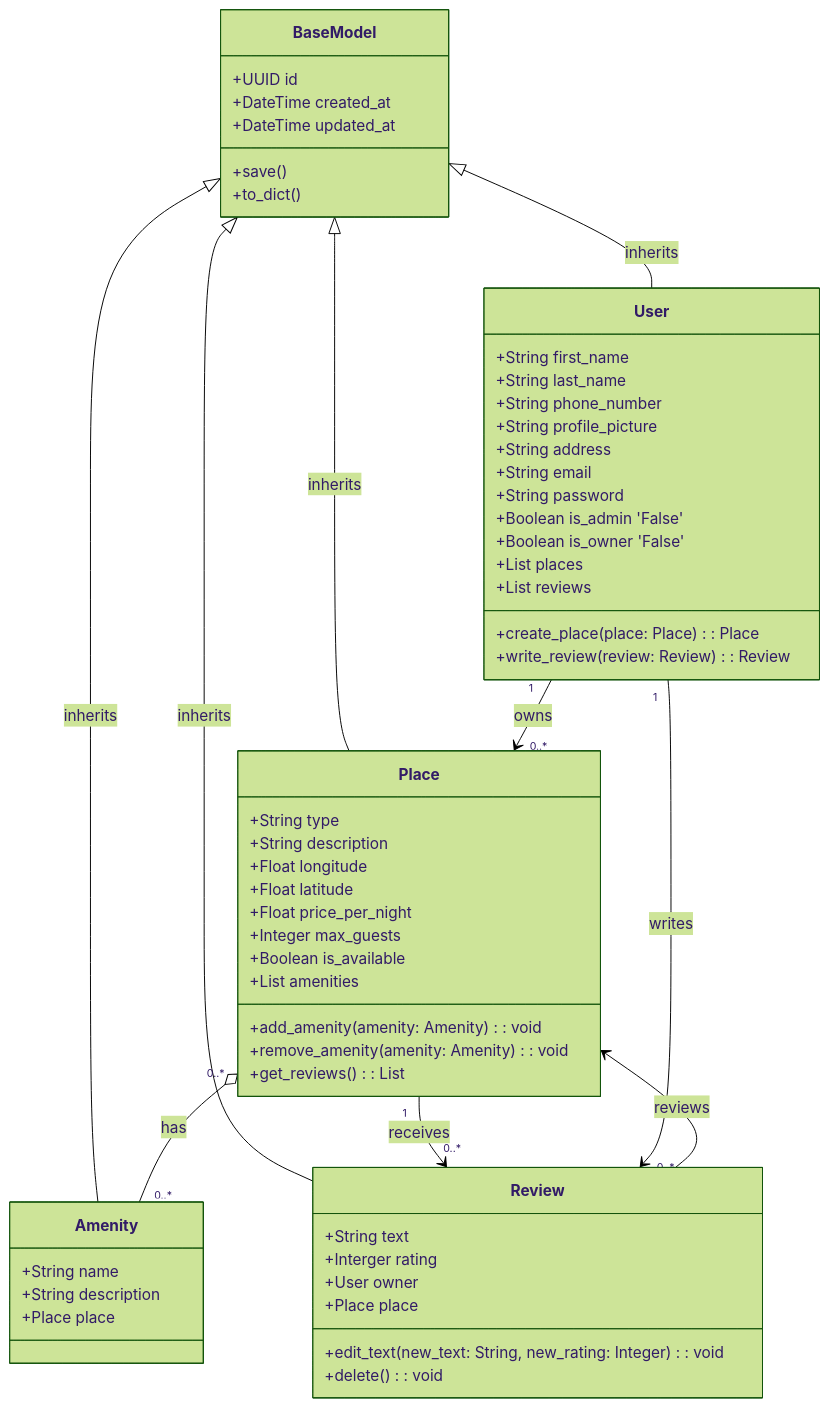
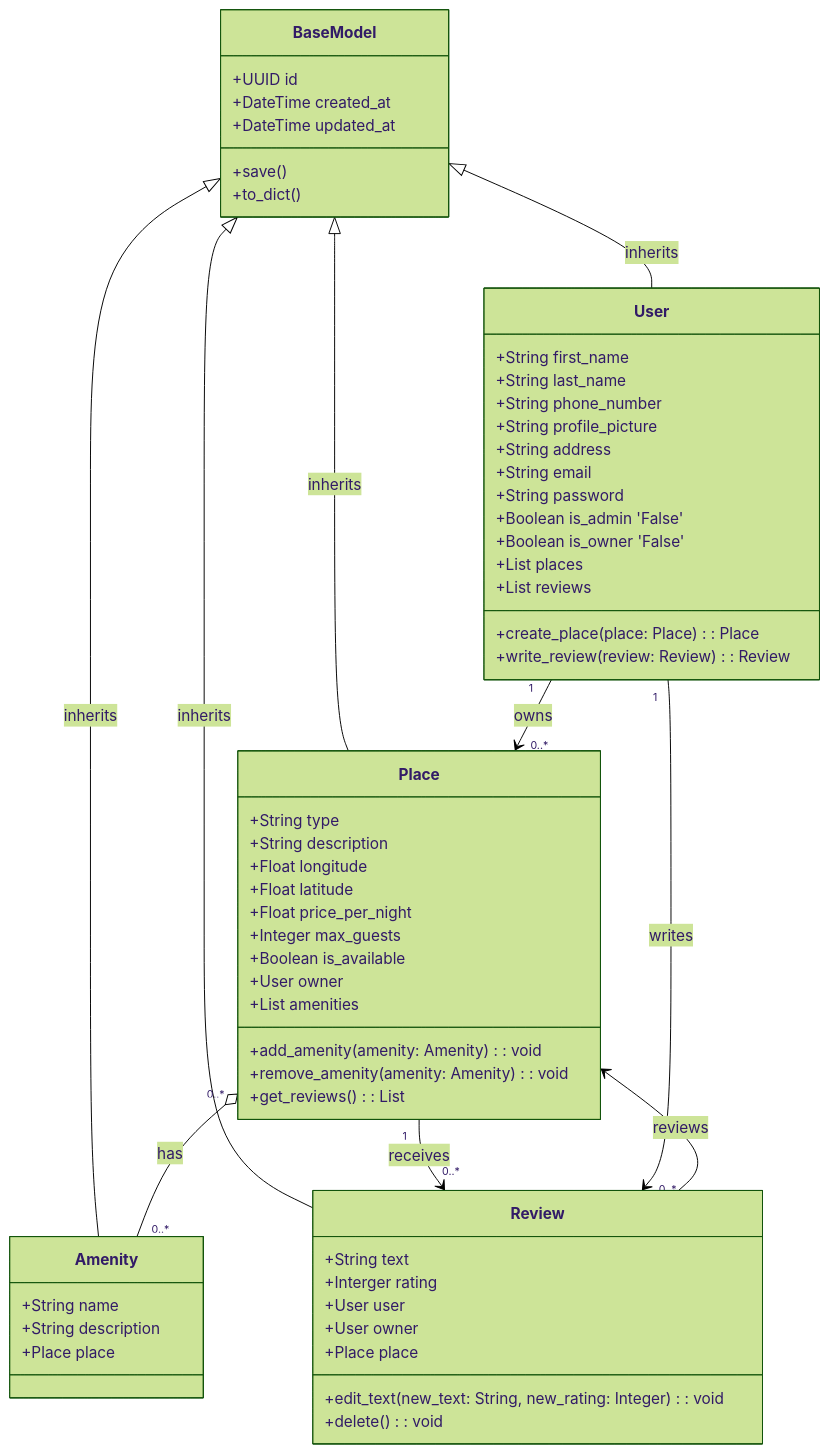
The diagram in part1/Detailed Class Diagram for Business Logic Layer.mmd (ItsZmainDev/holbertonschool-hbnb), drawn with Mermaid (forest theme) before and after one commit.

Commit message:
Add user model owner on place model

```diff
--- a/part1/Detailed Class Diagram for Business Logic Layer.mmd
+++ b/part1/Detailed Class Diagram for Business Logic Layer.mmd
@@ -1,66 +1,68 @@
 classDiagram
     class BaseModel {
         +UUID id
         +DateTime created_at
         +DateTime updated_at
         +save()
         +to_dict()
     }
 
     class User {
         +String first_name
         +String last_name
         +String phone_number
         +String profile_picture
         +String address
         +String email
         +String password
         +Boolean is_admin 'False'
         +Boolean is_owner 'False'
         +List<Place> places
         +List<Review> reviews
         +create_place(place: Place): Place
         +write_review(review: Review): Review
     }
 
     class Place {
         +String type
         +String description
         +Float longitude
         +Float latitude
         +Float price_per_night
         +Integer max_guests
         +Boolean is_available
+        +User owner
         +List<Amenity> amenities
         +add_amenity(amenity: Amenity): void
         +remove_amenity(amenity: Amenity): void
         +get_reviews(): List<Review>
     }
 
     class Amenity {
         +String name
         +String description
         +Place place
     }
 
     class Review {
         +String text
         +Interger rating
+        +User user
         +User owner
         +Place place
         +edit_text(new_text: String, new_rating: Integer): void
         +delete(): void
     }
 
     %% Inheritance
     BaseModel <|-- User : inherits
     BaseModel <|-- Place : inherits
     BaseModel <|-- Amenity : inherits
     BaseModel <|-- Review : inherits
 
     %% Relationships
     User "1" --> "0..*" Place : owns
     Place "0..*" o-- "0..*" Amenity : has
     Place "1" --> "0..*" Review : receives
     User "1" --> "0..*" Review : writes
     Review --> Place: reviews
```
